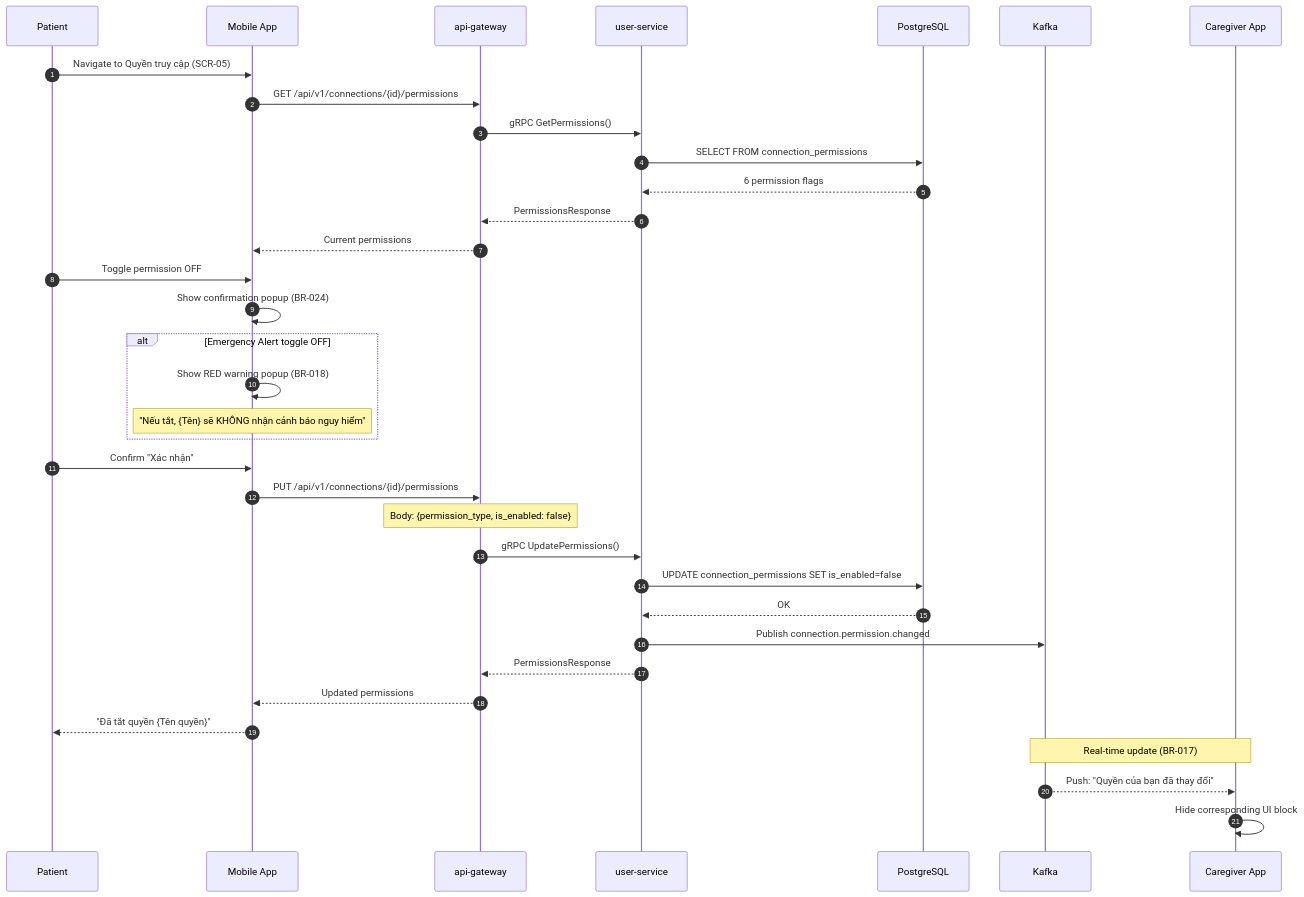
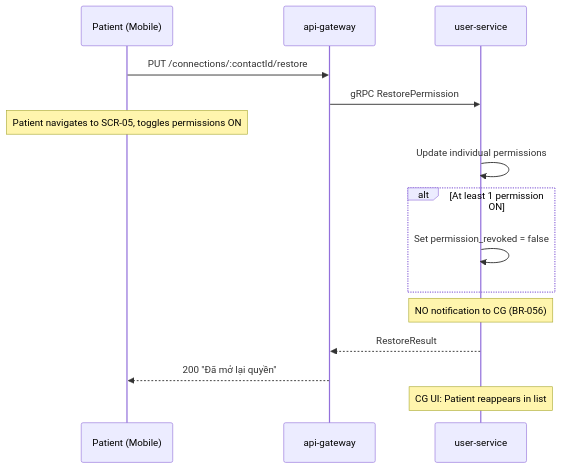
The fifth of 12 diagrams in nguoi_than/features/ket_noi_nguoi_than/02_planning/sequence-diagram.md (huynv-osp/kolia-huynv-local), drawn with Mermaid before and after one commit. The commit also changed other lines of this file and 30 other files, not shown here.

````diff
--- a/nguoi_than/features/ket_noi_nguoi_than/02_planning/sequence-diagram.md
+++ b/nguoi_than/features/ket_noi_nguoi_than/02_planning/sequence-diagram.md
@@ -193,45 +150,22 @@
 ```mermaid
 sequenceDiagram
-    autonumber
-    participant PT as Patient
-    participant App as Mobile App
+    participant P as Patient (Mobile)
     participant GW as api-gateway
     participant US as user-service
-    participant DB as PostgreSQL
-    participant Kafka as Kafka
-    participant CG as Caregiver App
 
-    PT->>App: Navigate to Quyền truy cập (SCR-05)
-    App->>GW: GET /api/v1/connections/{id}/permissions
-    GW->>US: gRPC GetPermissions()
-    US->>DB: SELECT FROM connection_permissions
-    DB-->>US: 6 permission flags
-    US-->>GW: PermissionsResponse
-    GW-->>App: Current permissions
+    P->>GW: PUT /connections/:contactId/restore
+    GW->>US: gRPC RestorePermission
     
-    PT->>App: Toggle permission OFF
-    App->>App: Show confirmation popup (BR-024)
+    Note over P: Patient navigates to SCR-05, toggles permissions ON
+    US->>US: Update individual permissions
     
-    alt Emergency Alert toggle OFF
-        App->>App: Show RED warning popup (BR-018)
-        Note over App: "Nếu tắt, {Tên} sẽ KHÔNG nhận cảnh báo nguy hiểm"
+    alt At least 1 permission ON
+        US->>US: Set permission_revoked = false
     end
     
-    PT->>App: Confirm "Xác nhận"
-    App->>GW: PUT /api/v1/connections/{id}/permissions
-    Note over GW: Body: {permission_type, is_enabled: false}
+    Note over US: NO notification to CG (BR-056)
+    US-->>GW: RestoreResult
+    GW-->>P: 200 "Đã mở lại quyền"
     
-    GW->>US: gRPC UpdatePermissions()
-    US->>DB: UPDATE connection_permissions SET is_enabled=false
-    DB-->>US: OK
-    
-    US->>Kafka: Publish connection.permission.changed
-    
-    US-->>GW: PermissionsResponse
-    GW-->>App: Updated permissions
-    App-->>PT: "Đã tắt quyền {Tên quyền}"
-    
-    Note over Kafka,CG: Real-time update (BR-017)
-    Kafka-->>CG: Push: "Quyền của bạn đã thay đổi"
-    CG->>CG: Hide corresponding UI block
+    Note over US: CG UI: Patient reappears in list
 ```
````
